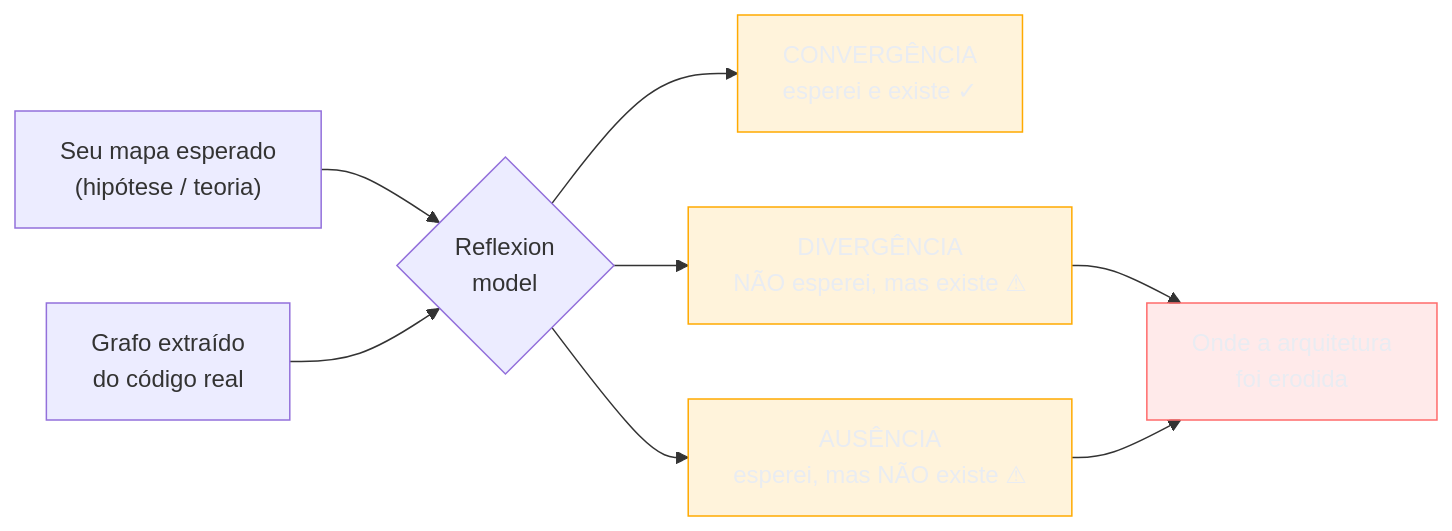
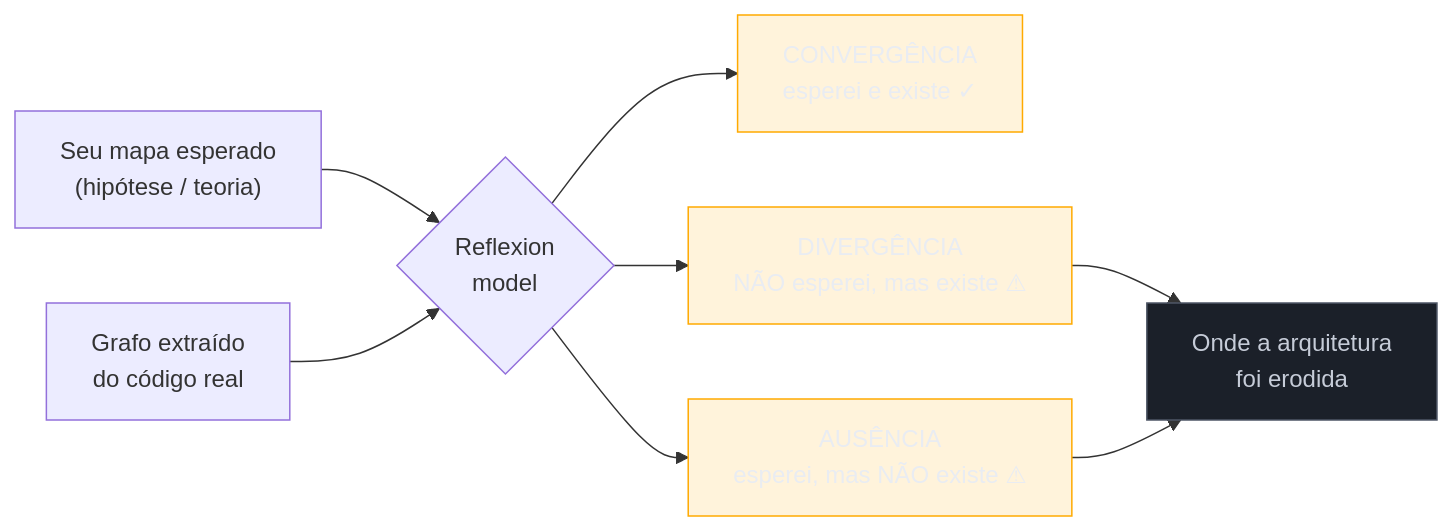
One commit to josenaldo/codex-technomanticus changed the first of 2 diagrams in 03-Dominios/Engenharia/Arqueologia e Restauração de Software/08 - Engenharia reversa e recuperação de arquitetura.md. Above: the diagram before and after it, drawn with Mermaid. The commit also changed 601 other files, not shown here.

````diff
--- a/03-Dominios/Engenharia/Arqueologia e Restauração de Software/08 - Engenharia reversa e recuperação de arquitetura.md
+++ b/03-Dominios/Engenharia/Arqueologia e Restauração de Software/08 - Engenharia reversa e recuperação de arquitetura.md
@@ -54,16 +54,16 @@
 ```mermaid
 graph LR
+    classDef neutro fill:#1B2029,stroke:#4E5666,color:#C6CCD8
     classDef destaque fill:#FFAA0024,stroke:#FFAA00,color:#E9ECF2
-    classDef falha fill:#FF6B6B24,stroke:#FF6B6B,color:#E9ECF2
     H["Seu mapa esperado<br/>(hipótese / teoria)"] --> C{"Reflexion<br/>model"}
     S["Grafo extraído<br/>do código real"] --> C
     C --> CV["CONVERGÊNCIA<br/>esperei e existe ✓"]
     C --> DV["DIVERGÊNCIA<br/>NÃO esperei, mas existe ⚠"]
     C --> AB["AUSÊNCIA<br/>esperei, mas NÃO existe ⚠"]
     DV --> R["Onde a arquitetura<br/>foi erodida"]
     AB --> R
     class CV destaque
     class DV destaque
     class AB destaque
-    class R falha
+    class R neutro
 ```
````
